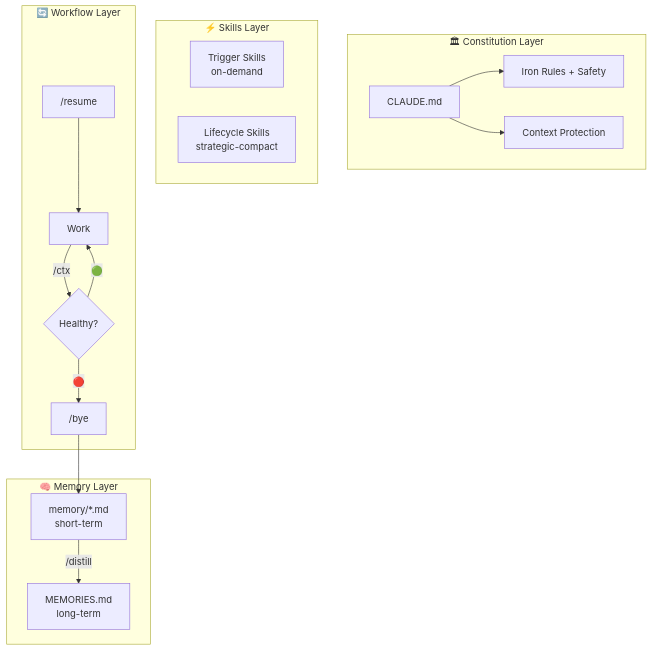
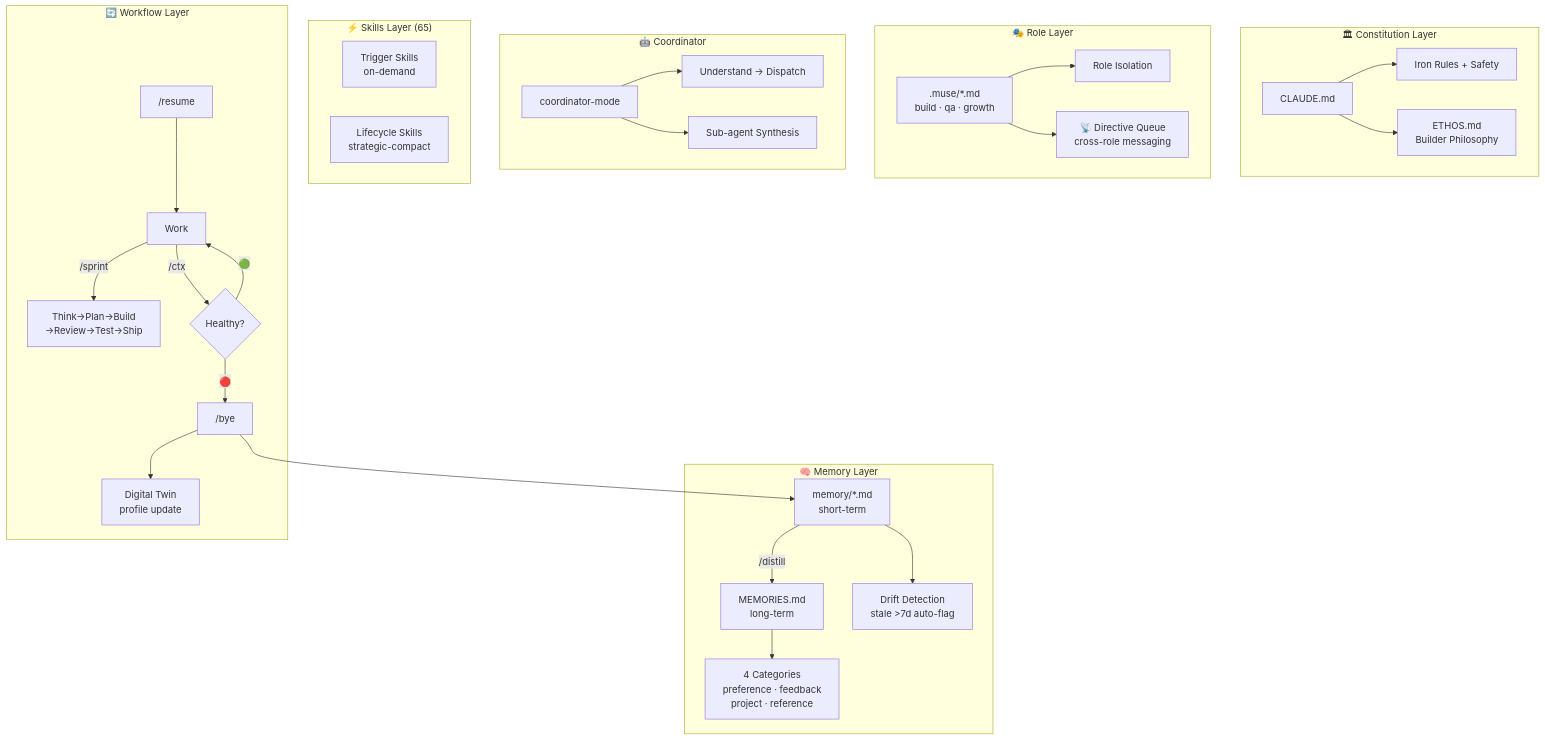
One commit to myths-labs/muse changed the diagram in README.md. Above: the diagram before and after it, drawn with Mermaid. The commit also changed 1 other file, not shown here.

Commit message:
docs: update architecture diagram to v3.0 — add Role Layer, Coordinator, Memory Taxonomy, Digital Twin, /sprint

````diff
--- a/README.md
+++ b/README.md
@@ -209,24 +209,38 @@
 ```mermaid
 graph TB
     subgraph "🏛 Constitution Layer"
         A["CLAUDE.md"] --> B["Iron Rules + Safety"]
-        A --> C["Context Protection"]
+        A --> C["ETHOS.md<br/>Builder Philosophy"]
+    end
+    
+    subgraph "🎭 Role Layer"
+        R[".muse/*.md<br/>build · qa · growth"] --> S["Role Isolation"]
+        R --> T["📡 Directive Queue<br/>cross-role messaging"]
     end
     
     subgraph "🧠 Memory Layer"
         D["memory/*.md<br/>short-term"] -->|"/distill"| E["MEMORIES.md<br/>long-term"]
+        D --> D1["Drift Detection<br/>stale >7d auto-flag"]
+        E --> E1["4 Categories<br/>preference · feedback<br/>project · reference"]
     end
     
-    subgraph "⚡ Skills Layer"
+    subgraph "🤖 Coordinator"
+        CO["coordinator-mode"] --> CO1["Understand → Dispatch"]
+        CO --> CO2["Sub-agent Synthesis"]
+    end
+    
+    subgraph "⚡ Skills Layer (65)"
         G["Trigger Skills<br/>on-demand"]
         H["Lifecycle Skills<br/>strategic-compact"]
     end
     
     subgraph "🔄 Workflow Layer"
         I["/resume"] --> J["Work"]
+        J -->|"/sprint"| SP["Think→Plan→Build<br/>→Review→Test→Ship"]
         J -->|"/ctx"| K{"Healthy?"}
         K -->|"🟢"| J
         K -->|"🔴"| L["/bye"]
         L --> D
+        L --> L1["Digital Twin<br/>profile update"]
     end
 ```
````
